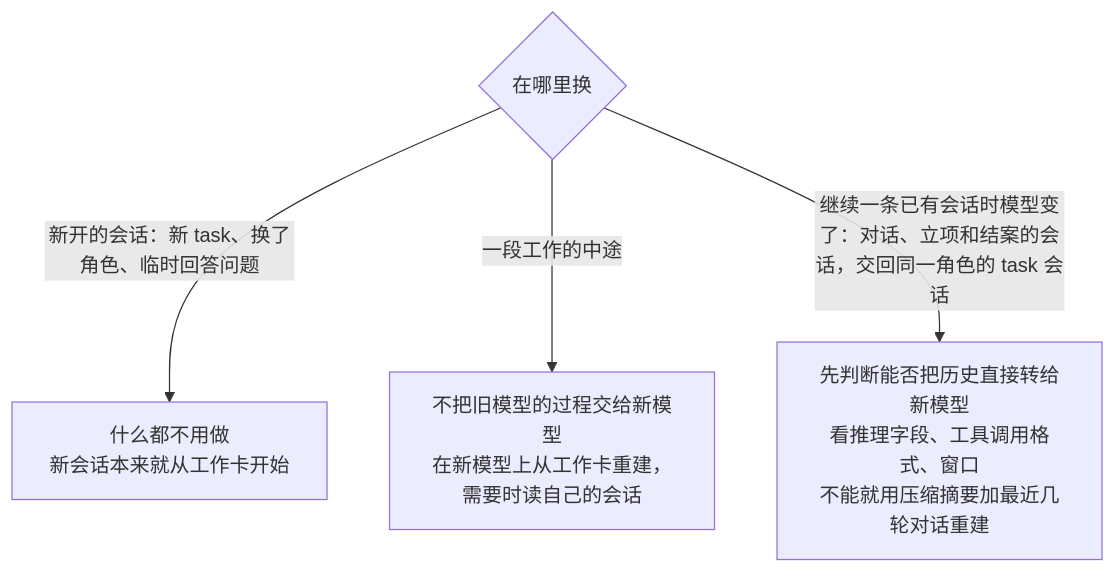
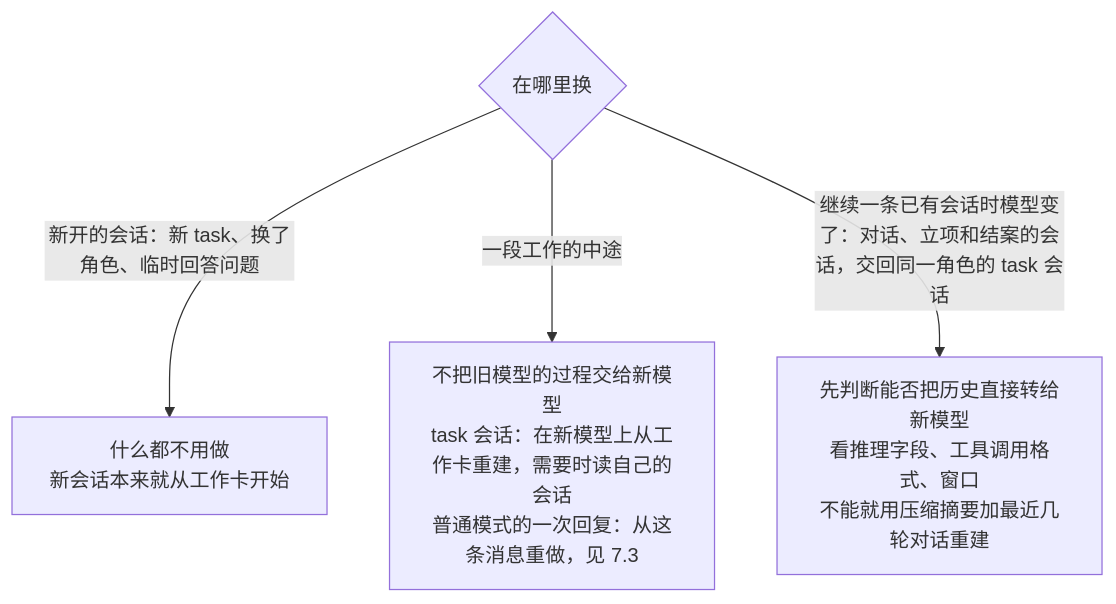
Before and after one commit to HoldThatThgt/mori: the fourth of 5 diagrams in docs/proposals/model-providers.md, drawn with Mermaid. The commit also changed other lines of this file and 163 other files, not shown here.

````diff
--- a/docs/proposals/model-providers.md
+++ b/docs/proposals/model-providers.md
@@ -187,6 +215,6 @@
 ```mermaid
 flowchart TB
     Q{在哪里换} -->|新开的会话：新 task、换了角色、临时回答问题| A[什么都不用做<br/>新会话本来就从工作卡开始]
-    Q -->|一段工作的中途| B[不把旧模型的过程交给新模型<br/>在新模型上从工作卡重建，需要时读自己的会话]
+    Q -->|一段工作的中途| B[不把旧模型的过程交给新模型<br/>task 会话：在新模型上从工作卡重建，需要时读自己的会话<br/>普通模式的一次回复：从这条消息重做，见 7.3]
     Q -->|继续一条已有会话时模型变了：对话、立项和结案的会话，交回同一角色的 task 会话| C[先判断能否把历史直接转给新模型<br/>看推理字段、工具调用格式、窗口<br/>不能就用压缩摘要加最近几轮对话重建]
 ```
````
